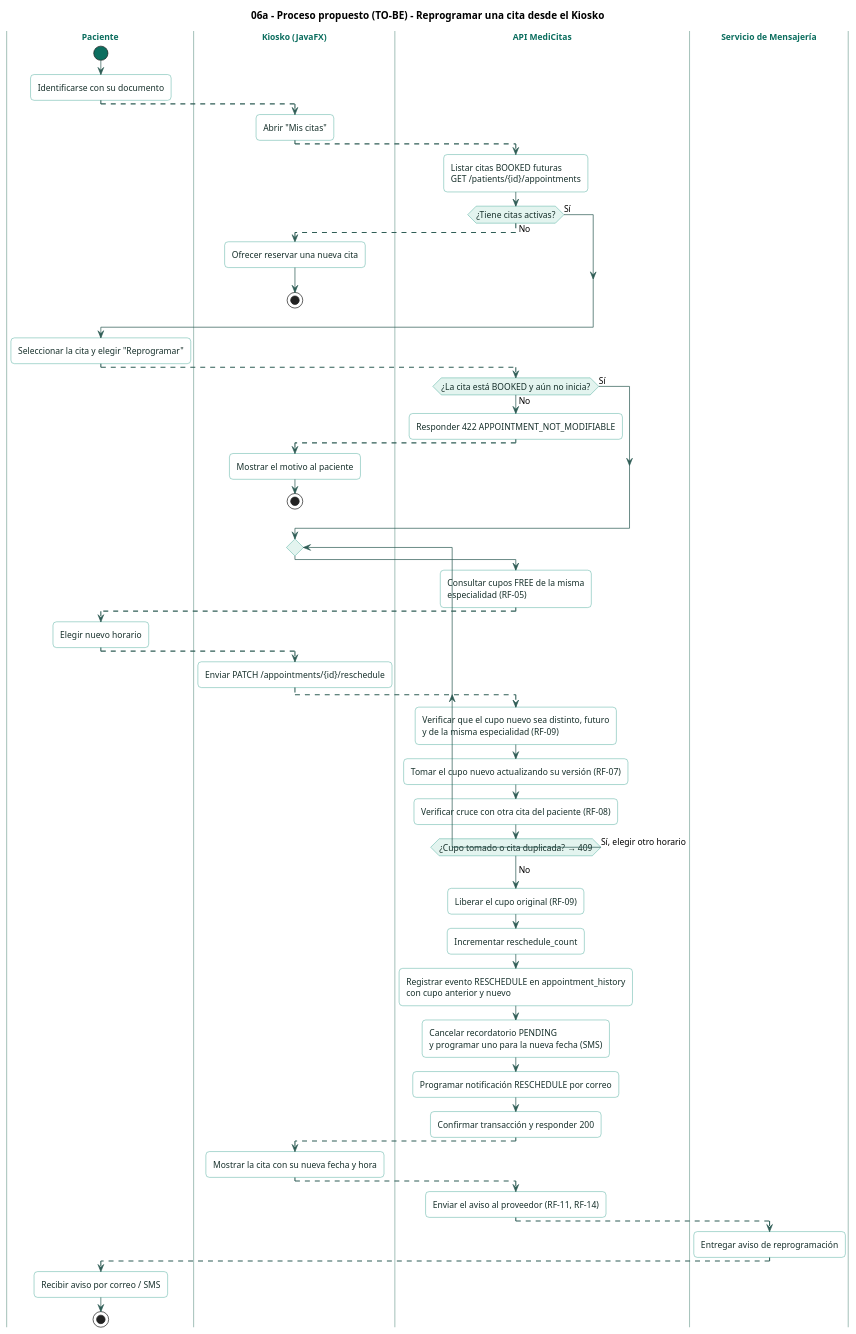
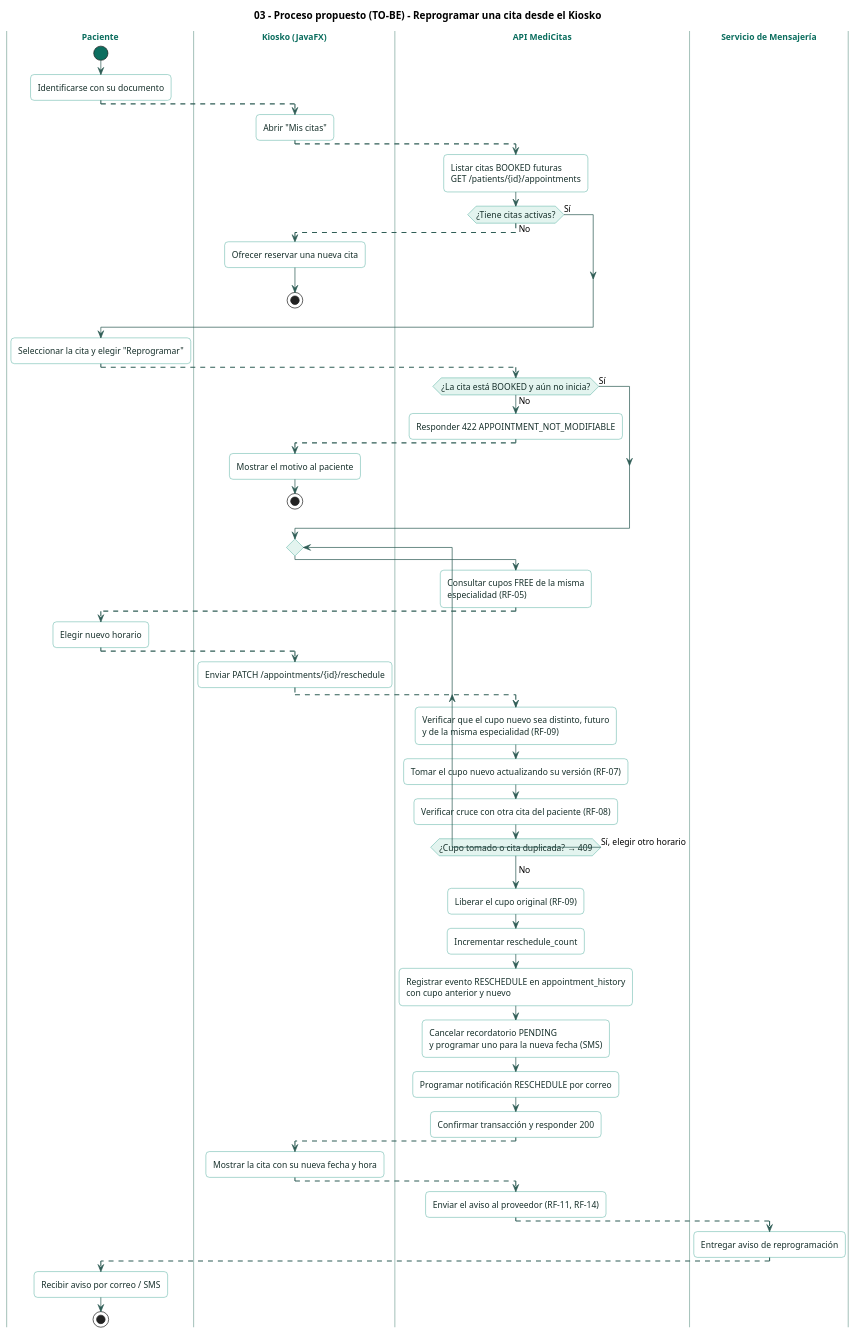
The diagram in docs/diagrams/processes/proposed/03-process-reschedule.puml (Jimena-CC/ProyectoCitasMedicas), drawn with PlantUML before and after one commit. The commit also changed 11 other files, not shown here.

Commit message:
docs(diagramas): quitar numeración de los títulos de los diagramas

```diff
--- a/docs/diagrams/processes/proposed/03-process-reschedule.puml
+++ b/docs/diagrams/processes/proposed/03-process-reschedule.puml
@@ -1,109 +1,109 @@
 @startuml
-title 06a - Proceso propuesto (TO-BE) - Reprogramar una cita desde el Kiosko
+title 03 - Proceso propuesto (TO-BE) - Reprogramar una cita desde el Kiosko
 
 skinparam shadowing false
 skinparam roundCorner 10
 skinparam defaultFontName "Helvetica"
 skinparam defaultFontSize 12
 skinparam ArrowColor #2F5D56
 skinparam SwimlaneBorderColor #A9C4BD
 skinparam SwimlaneTitleFontColor #0C6E5F
 skinparam SwimlaneTitleFontStyle bold
 skinparam activity {
   BackgroundColor #FFFFFF
   BorderColor #13917D
   FontColor #17302B
   DiamondBackgroundColor #E3F4EF
   DiamondBorderColor #13917D
   StartColor #0C6E5F
   EndColor #0C6E5F
 }
 skinparam note {
   BackgroundColor #FFF8E6
   BorderColor #D9B45A
   FontColor #3D3321
 }
 
 ' Orden de los carriles
 |Paciente|
 |Kiosko (JavaFX)|
 |API MediCitas|
 |Servicio de Mensajería|
 
 |Paciente|
 start
 :Identificarse con su documento;
 -[#2F5D56,dashed]->
 
 |Kiosko (JavaFX)|
 :Abrir "Mis citas";
 -[#2F5D56,dashed]->
 
 |API MediCitas|
 :Listar citas BOOKED futuras\nGET /patients/{id}/appointments;
 
 if (¿Tiene citas activas?) then (No)
   -[#2F5D56,dashed]->
   |Kiosko (JavaFX)|
   :Ofrecer reservar una nueva cita;
   stop
 else (Sí)
 endif
 -[#2F5D56,dashed]->
 
 |Paciente|
 :Seleccionar la cita y elegir "Reprogramar";
 -[#2F5D56,dashed]->
 
 |API MediCitas|
 if (¿La cita está BOOKED y aún no inicia?) then (No)
   :Responder 422 APPOINTMENT_NOT_MODIFIABLE;
   -[#2F5D56,dashed]->
   |Kiosko (JavaFX)|
   :Mostrar el motivo al paciente;
   stop
 else (Sí)
 endif
 
 repeat
   |API MediCitas|
   :Consultar cupos FREE de la misma\nespecialidad (RF-05);
   -[#2F5D56,dashed]->
   |Paciente|
   :Elegir nuevo horario;
   -[#2F5D56,dashed]->
   |Kiosko (JavaFX)|
   :Enviar PATCH /appointments/{id}/reschedule;
   -[#2F5D56,dashed]->
   |API MediCitas|
   :Verificar que el cupo nuevo sea distinto, futuro\ny de la misma especialidad (RF-09);
   :Tomar el cupo nuevo actualizando su versión (RF-07);
   :Verificar cruce con otra cita del paciente (RF-08);
 repeat while (¿Cupo tomado o cita duplicada? → 409) is (Sí, elegir otro horario)
 ->No;
 
 :Liberar el cupo original (RF-09);
 :Incrementar reschedule_count;
 :Registrar evento RESCHEDULE en appointment_history\ncon cupo anterior y nuevo;
 :Cancelar recordatorio PENDING\ny programar uno para la nueva fecha (SMS);
 :Programar notificación RESCHEDULE por correo;
 :Confirmar transacción y responder 200;
 -[#2F5D56,dashed]->
 
 |Kiosko (JavaFX)|
 :Mostrar la cita con su nueva fecha y hora;
 -[#2F5D56,dashed]->
 
 |API MediCitas|
 :Enviar el aviso al proveedor (RF-11, RF-14);
 -[#2F5D56,dashed]->
 
 |Servicio de Mensajería|
 :Entregar aviso de reprogramación;
 -[#2F5D56,dashed]->
 
 |Paciente|
 :Recibir aviso por correo / SMS;
 stop
 
 @enduml
```
